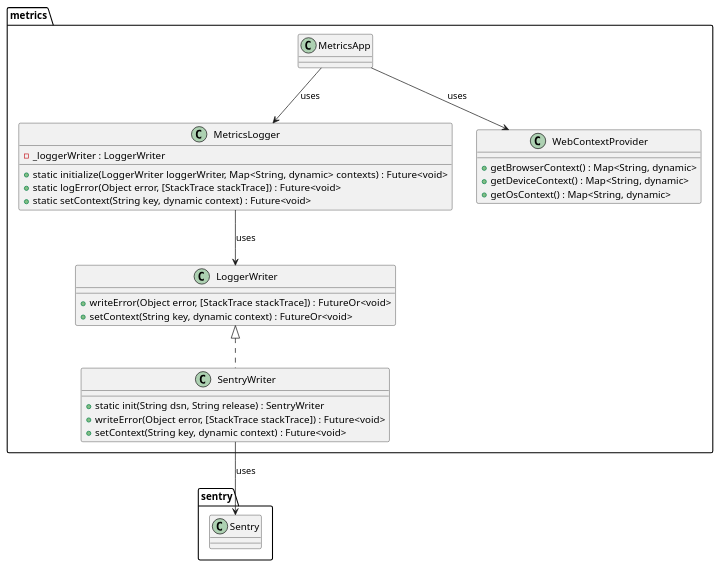
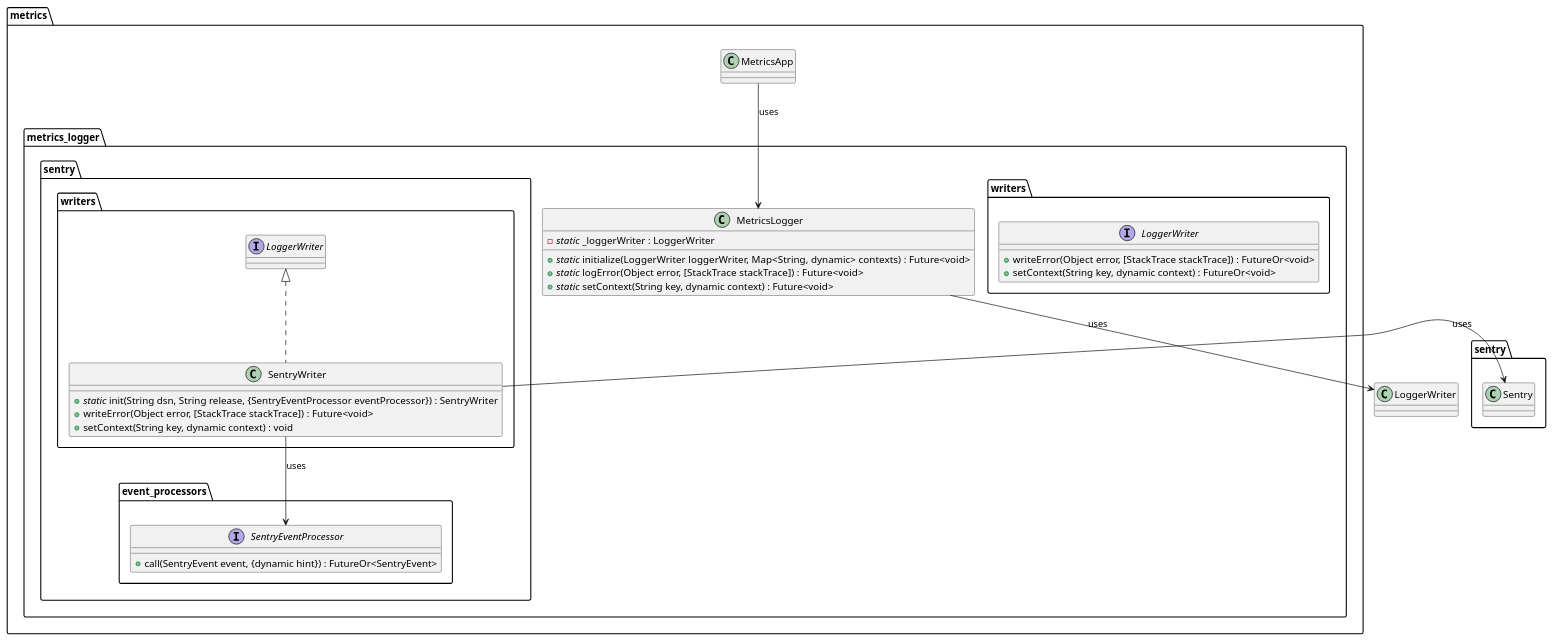
The diagram in metrics/web/docs/features/metrics_logger/diagrams/metrics_logger_sentry_class_diagram.puml (Flank/flank-dashboard), drawn with PlantUML before and after one commit. The commit also changed 4 other files, not shown here.

First line of the commit message:
docs: Update Metrics Logger design (#955)

```diff
--- a/metrics/web/docs/features/metrics_logger/diagrams/metrics_logger_sentry_class_diagram.puml
+++ b/metrics/web/docs/features/metrics_logger/diagrams/metrics_logger_sentry_class_diagram.puml
@@ -1,40 +1,48 @@
 @startuml metrics_logger_class_diagram
 
 package metrics {
   class MetricsApp {}
 
-  class LoggerWriter {
-    + writeError(Object error, [StackTrace stackTrace]) : FutureOr<void>
-    + setContext(String key, dynamic context) : FutureOr<void>
-  }
+  package metrics_logger {
+    package writers {
+      interface LoggerWriter {
+        + writeError(Object error, [StackTrace stackTrace]) : FutureOr<void>
+        + setContext(String key, dynamic context) : FutureOr<void>
+      }
+    }
 
-  class SentryWriter implements LoggerWriter {
-    + static init(String dsn, String release) : SentryWriter
-    + writeError(Object error, [StackTrace stackTrace]) : Future<void>
-    + setContext(String key, dynamic context) : Future<void>
-  }
+    package sentry as sentry_logger {
+      package writers as sentry_writers {
+        class SentryWriter implements LoggerWriter {
+          + //static// init(String dsn, String release, {SentryEventProcessor eventProcessor}) : SentryWriter
+          + writeError(Object error, [StackTrace stackTrace]) : Future<void>
+          + setContext(String key, dynamic context) : void
+        }
+      }
 
-  class MetricsLogger {
-    - _loggerWriter : LoggerWriter
-    + static initialize(LoggerWriter loggerWriter,  Map<String, dynamic> contexts) : Future<void>
-    + static logError(Object error, [StackTrace stackTrace]) : Future<void>
-    + static setContext(String key, dynamic context) : Future<void>
-  }
+      package event_processors {
+        interface SentryEventProcessor {
+          + call(SentryEvent event, {dynamic hint}) : FutureOr<SentryEvent>
+        }
+      }
+    }
 
-  class WebContextProvider {
-    + getBrowserContext() : Map<String, dynamic>
-    + getDeviceContext() : Map<String, dynamic>
-    + getOsContext() : Map<String, dynamic>
+    class MetricsLogger {
+      - //static// _loggerWriter : LoggerWriter
+      + //static// initialize(LoggerWriter loggerWriter,  Map<String, dynamic> contexts) : Future<void>
+      + //static// logError(Object error, [StackTrace stackTrace]) : Future<void>
+      + //static// setContext(String key, dynamic context) : Future<void>
+    }
   }
 }
 
 package sentry {
   class Sentry {}
 }
 
-MetricsApp --> WebContextProvider : uses
 MetricsApp --> MetricsLogger : uses
 MetricsLogger --> LoggerWriter : uses
-SentryWriter --> Sentry : uses
+SentryWriter -right-> Sentry : uses
+SentryWriter --> SentryEventProcessor : uses
 
 @enduml
```
